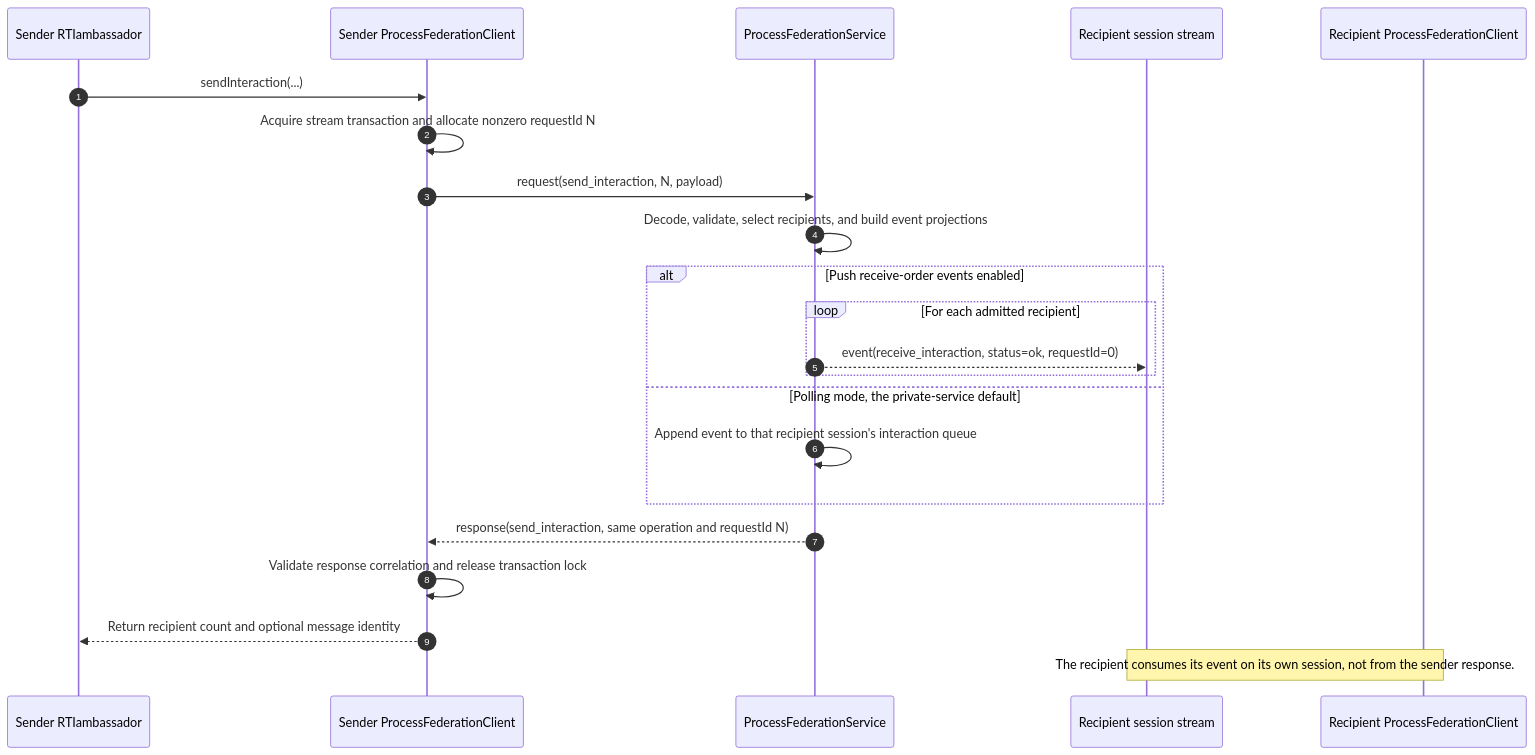
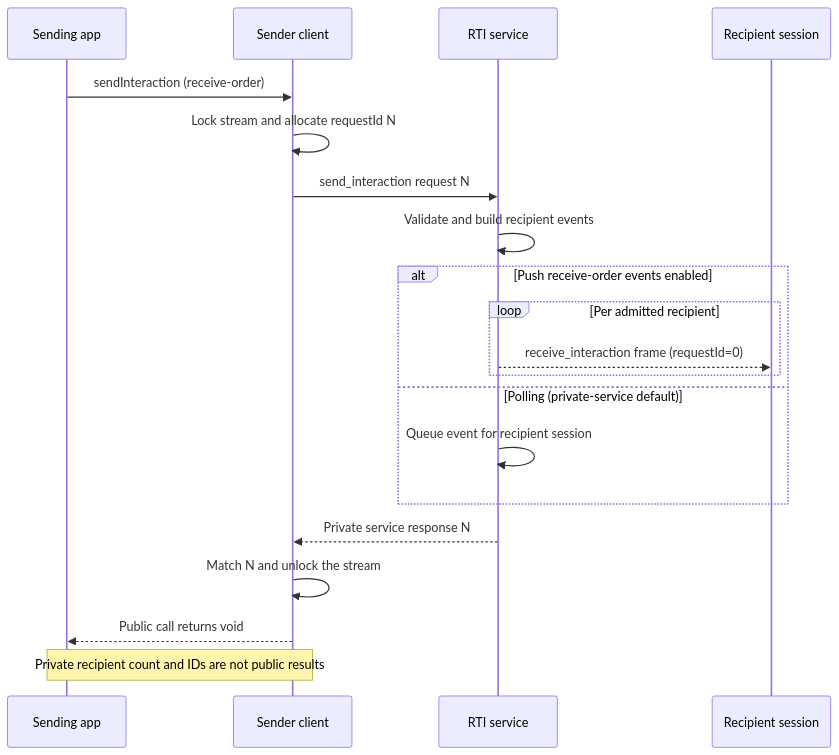
Before and after one commit to sheepfling/umbra: the third of 11 diagrams in docs/design/HLA-2025-PROCESS-ENDPOINT-REQUEST-AND-CALLBACK-FLOW-GUIDE.md, drawn with Mermaid. The commit also changed other lines of this file and 822 other files, not shown here.

````diff
--- a/docs/design/HLA-2025-PROCESS-ENDPOINT-REQUEST-AND-CALLBACK-FLOW-GUIDE.md
+++ b/docs/design/HLA-2025-PROCESS-ENDPOINT-REQUEST-AND-CALLBACK-FLOW-GUIDE.md
@@ -49,25 +132,23 @@
 ```mermaid
 sequenceDiagram
-    autonumber
-    participant A as Sender RTIambassador
-    participant C as Sender ProcessFederationClient
-    participant S as ProcessFederationService
-    participant R as Recipient session stream
-    participant RC as Recipient ProcessFederationClient
+    participant A as Sending app
+    participant C as Sender client
+    participant S as RTI service
+    participant R as Recipient session
 
-    A->>C: sendInteraction(...)
-    C->>C: Acquire stream transaction and allocate nonzero requestId N
-    C->>S: request(send_interaction, N, payload)
-    S->>S: Decode, validate, select recipients, and build event projections
+    A->>C: sendInteraction (receive-order)
+    C->>C: Lock stream and allocate requestId N
+    C->>S: send_interaction request N
+    S->>S: Validate and build recipient events
     alt Push receive-order events enabled
-        loop For each admitted recipient
-            S-->>R: event(receive_interaction, status=ok, requestId=0)
+        loop Per admitted recipient
+            S-->>R: receive_interaction frame (requestId=0)
         end
-    else Polling mode, the private-service default
-        S->>S: Append event to that recipient session's interaction queue
+    else Polling (private-service default)
+        S->>S: Queue event for recipient session
     end
-    S-->>C: response(send_interaction, same operation and requestId N)
-    C->>C: Validate response correlation and release transaction lock
-    C-->>A: Return recipient count and optional message identity
-    Note over R,RC: The recipient consumes its event on its own session, not from the sender response.
+    S-->>C: Private service response N
+    C->>C: Match N and unlock the stream
+    C-->>A: Public call returns void
+    Note over C,A: Private recipient count and IDs are not public results
 ```
````
